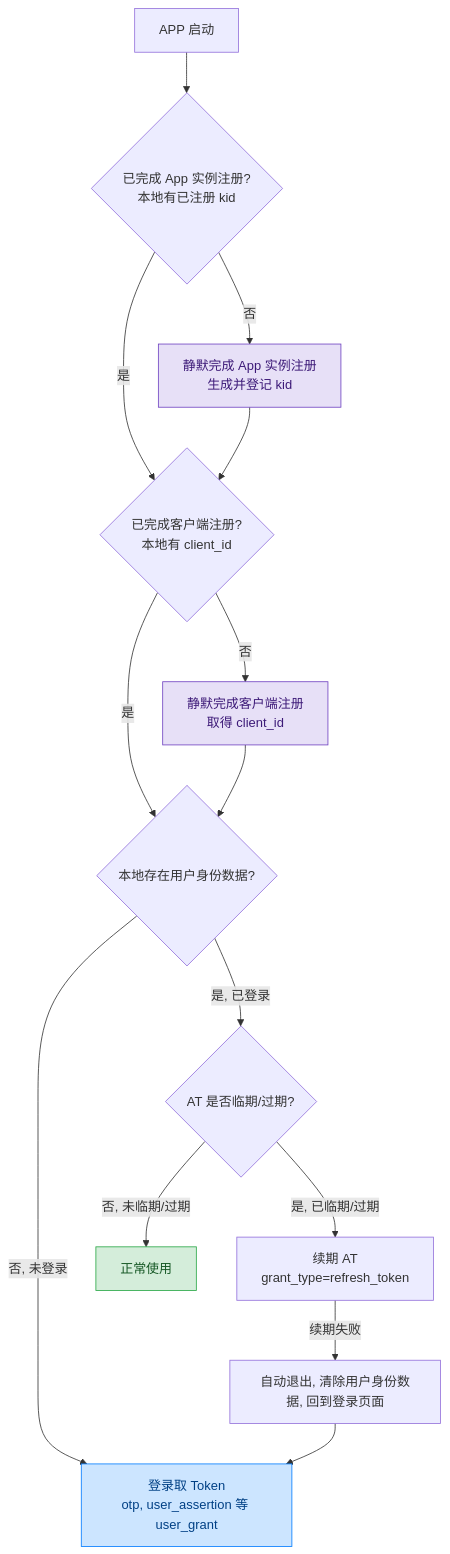
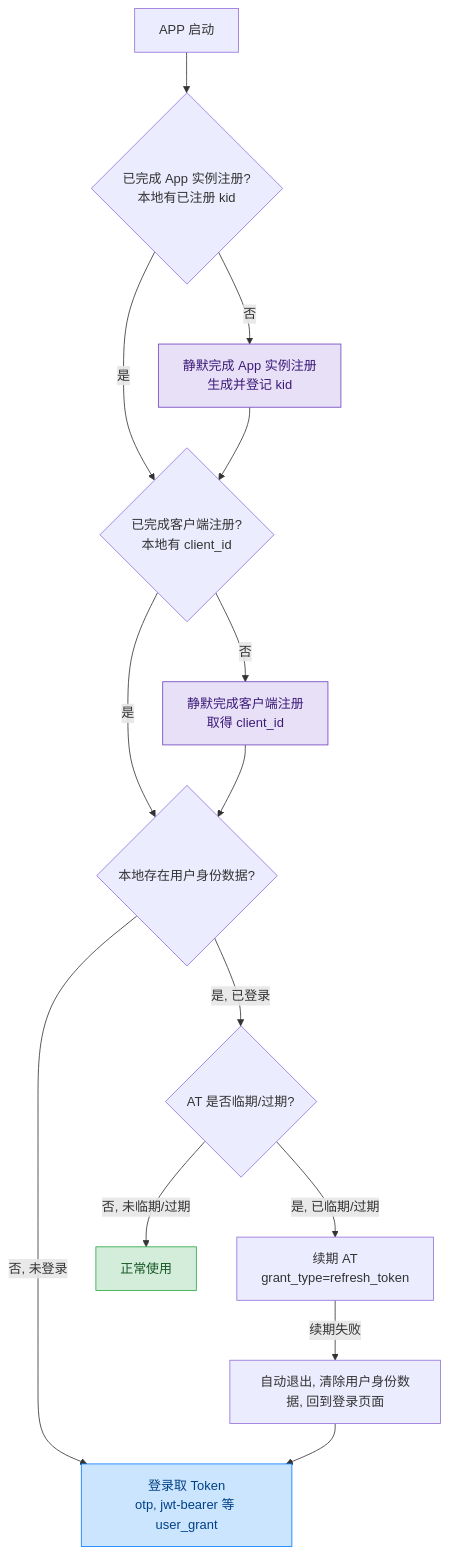
The first of 7 diagrams in user-center/doc/apis/zh-cn/app-attest-login/v2/App-Attest-Login.md (euler-projects/demo), drawn with Mermaid before and after one commit. The commit also changed other lines of this file and 11 other files, not shown here.

First line of the commit message:
docs(app-attest): switch login docs to jwt-bearer, drop the type header

````diff
--- a/user-center/doc/apis/zh-cn/app-attest-login/v2/App-Attest-Login.md
+++ b/user-center/doc/apis/zh-cn/app-attest-login/v2/App-Attest-Login.md
@@ -17,23 +17,23 @@
 ```mermaid
 graph TB
     A[APP 启动] --> C1{已完成 App 实例注册?<br>本地有已注册 kid}
     C1 -- 否 --> D1[静默完成 App 实例注册<br>生成并登记 kid]
     C1 -- 是 --> C2{已完成客户端注册?<br>本地有 client_id}
     D1 --> C2
     C2 -- 否 --> D2[静默完成客户端注册<br>取得 client_id]
     C2 -- 是 --> P{本地存在用户身份数据?}
     D2 --> P
-    P -- 否, 未登录 --> LOGIN[登录取 Token<br>otp, user_assertion 等 user_grant]
+    P -- 否, 未登录 --> LOGIN[登录取 Token<br>otp, jwt-bearer 等 user_grant]
     P -- 是, 已登录 --> T{AT 是否临期/过期?}
     T -- 是, 已临期/过期 --> E[续期 AT<br>grant_type=refresh_token]
     T -- 否, 未临期/过期 --> U[正常使用]
     E -- 续期失败 --> X[自动退出, 清除用户身份数据, 回到登录页面]
     X --> LOGIN
     classDef enroll fill: #e7e0f7, stroke: #6f42c1, stroke-width: 1px, color: #3d1a78
     classDef scene2 fill: #cce5ff, stroke: #007bff, stroke-width: 1px, color: #004085
     classDef normal fill: #d4edda, stroke: #28a745, stroke-width: 1px, color: #155724
     class D1 enroll
     class D2 enroll
     class LOGIN scene2
     class U normal
 ```
````
